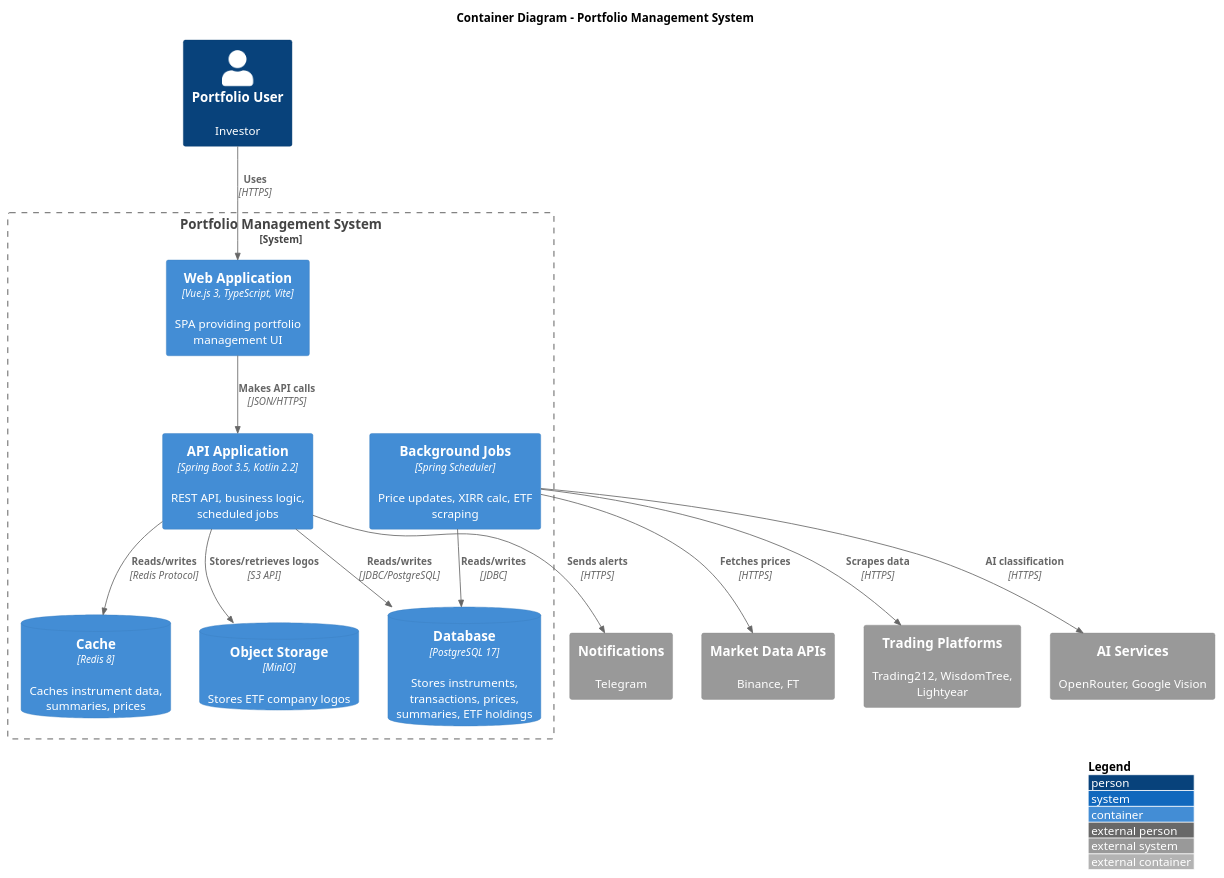
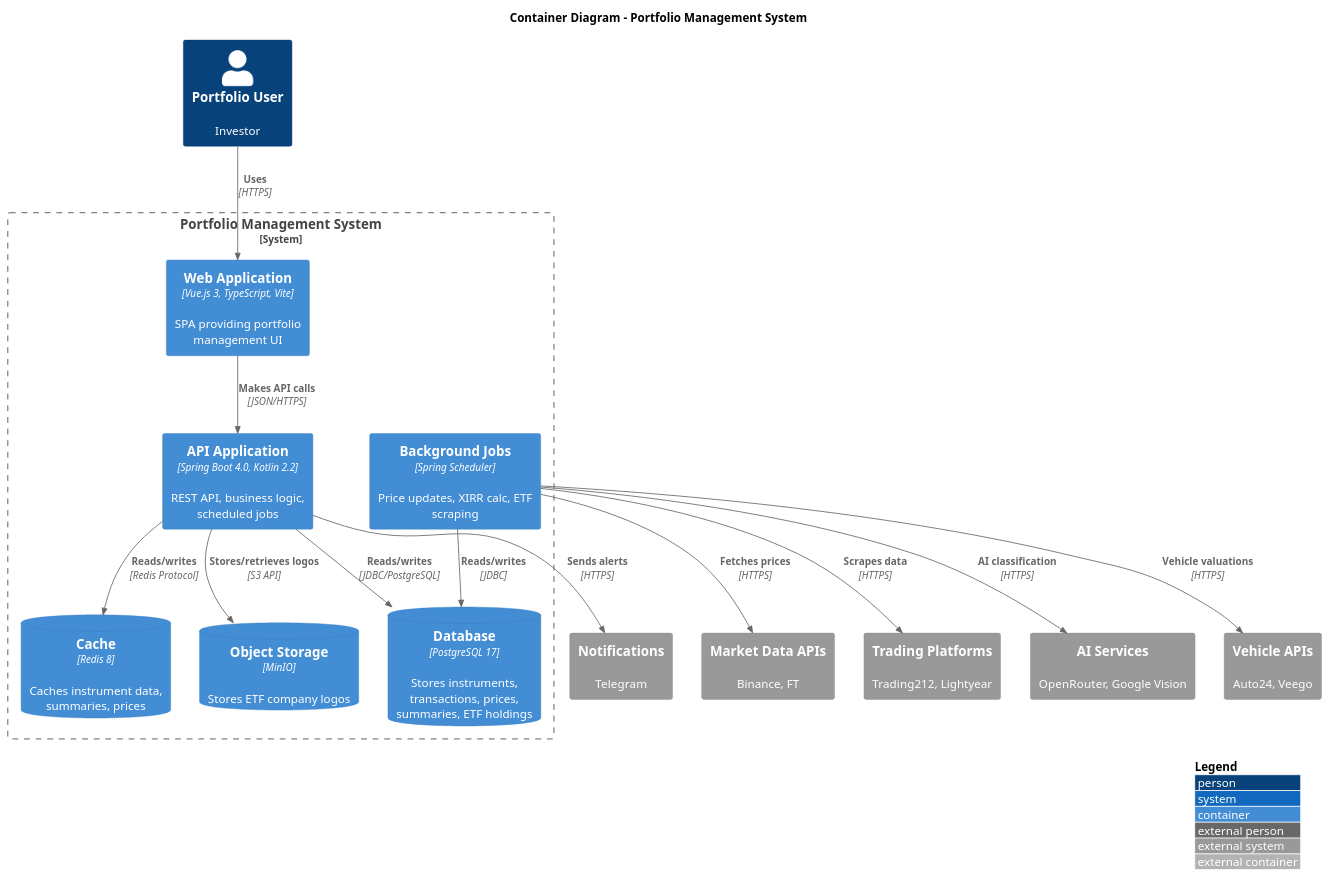
One commit to ktenman/portfolio changed the diagram in docs/architecture/container-diagram.puml. Above: the diagram before and after it, drawn with PlantUML. The commit also changed 11 other files, not shown here.

First line of the commit message:
Update architecture diagrams and documentation

```diff
--- a/docs/architecture/container-diagram.puml
+++ b/docs/architecture/container-diagram.puml
@@ -1,37 +1,39 @@
 @startuml container-diagram
 !include https://raw.githubusercontent.com/plantuml-stdlib/C4-PlantUML/master/C4_Container.puml
 
 LAYOUT_WITH_LEGEND()
 
 title Container Diagram - Portfolio Management System
 
 Person(user, "Portfolio User", "Investor")
 
 System_Boundary(portfolio, "Portfolio Management System") {
     Container(web_app, "Web Application", "Vue.js 3, TypeScript, Vite", "SPA providing portfolio management UI")
-    Container(api_app, "API Application", "Spring Boot 3.5, Kotlin 2.2", "REST API, business logic, scheduled jobs")
+    Container(api_app, "API Application", "Spring Boot 4.0, Kotlin 2.2", "REST API, business logic, scheduled jobs")
     ContainerDb(database, "Database", "PostgreSQL 17", "Stores instruments, transactions, prices, summaries, ETF holdings")
     ContainerDb(cache, "Cache", "Redis 8", "Caches instrument data, summaries, prices")
     ContainerDb(storage, "Object Storage", "MinIO", "Stores ETF company logos")
     Container(jobs, "Background Jobs", "Spring Scheduler", "Price updates, XIRR calc, ETF scraping")
 }
 
 System_Ext(market_apis, "Market Data APIs", "Binance, FT")
-System_Ext(platform_apis, "Trading Platforms", "Trading212, WisdomTree, Lightyear")
+System_Ext(platform_apis, "Trading Platforms", "Trading212, Lightyear")
 System_Ext(ai_services, "AI Services", "OpenRouter, Google Vision")
+System_Ext(vehicle_apis, "Vehicle APIs", "Auto24, Veego")
 System_Ext(notification, "Notifications", "Telegram")
 
 Rel(user, web_app, "Uses", "HTTPS")
 Rel(web_app, api_app, "Makes API calls", "JSON/HTTPS")
 
 Rel(api_app, database, "Reads/writes", "JDBC/PostgreSQL")
 Rel(api_app, cache, "Reads/writes", "Redis Protocol")
 Rel(api_app, storage, "Stores/retrieves logos", "S3 API")
 
 Rel(jobs, database, "Reads/writes", "JDBC")
 Rel(jobs, market_apis, "Fetches prices", "HTTPS")
 Rel(jobs, platform_apis, "Scrapes data", "HTTPS")
 Rel(jobs, ai_services, "AI classification", "HTTPS")
+Rel(jobs, vehicle_apis, "Vehicle valuations", "HTTPS")
 Rel(api_app, notification, "Sends alerts", "HTTPS")
 
 @enduml
```
